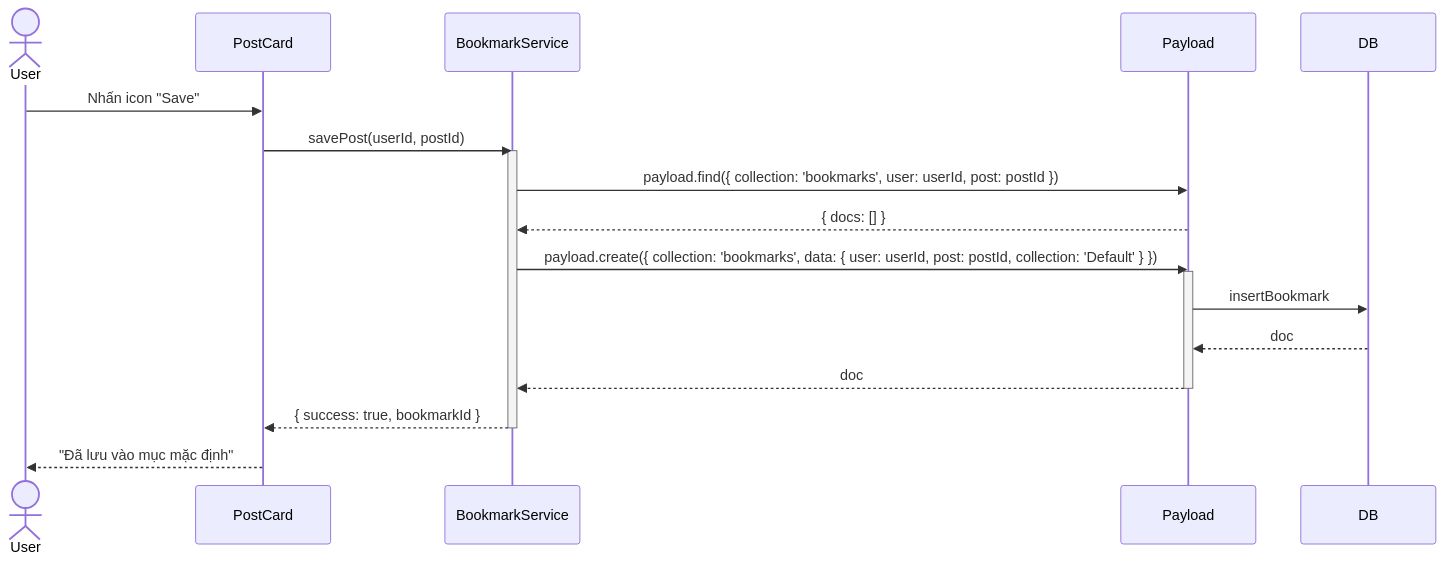
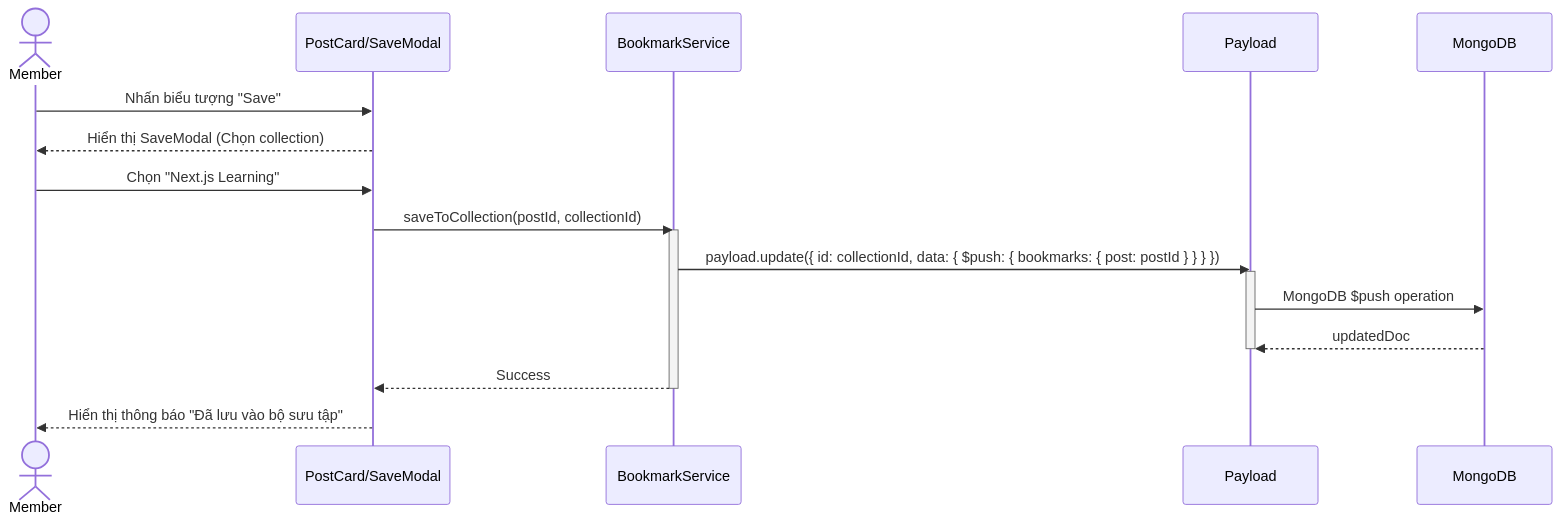
One commit to vuthuonghai-steve/KLTN-By_Thuong_Hai-Steve changed the first of 2 diagrams in Docs/life-2/diagrams/sequence-diagrams/detailed-m5-bookmarking.md. Above: the diagram before and after it, drawn with Mermaid. The commit also changed other lines of this file and 29 other files, not shown here.

````diff
--- a/Docs/life-2/diagrams/sequence-diagrams/detailed-m5-bookmarking.md
+++ b/Docs/life-2/diagrams/sequence-diagrams/detailed-m5-bookmarking.md
@@ -12,26 +12,26 @@
 ```mermaid
 sequenceDiagram
-    actor User
-    participant UI as PostCard
+    actor Member
+    participant UI as PostCard/SaveModal
     participant Service as BookmarkService
     participant Payload
-    participant DB
+    participant DB as MongoDB
 
-    User->>UI: Nhấn icon "Save"
-    UI->>Service: savePost(userId, postId)
+    Member->>UI: Nhấn biểu tượng "Save"
+    UI-->>Member: Hiển thị SaveModal (Chọn collection)
+    Member->>UI: Chọn "Next.js Learning"
+    
+    UI->>Service: saveToCollection(postId, collectionId)
     activate Service
+
+    Service->>Payload: payload.update({ id: collectionId, data: { $push: { bookmarks: { post: postId } } } })
+    activate Payload
     
-    Service->>Payload: payload.find({ collection: 'bookmarks', user: userId, post: postId })
-    Payload-->>Service: { docs: [] }
+    Payload->>DB: MongoDB $push operation
+    DB-->>Payload: updatedDoc
     
-    Service->>Payload: payload.create({ collection: 'bookmarks', data: { user: userId, post: postId, collection: 'Default' } })
-    activate Payload
-    Payload->>DB: insertBookmark
-    DB-->>Payload: doc
-    Payload-->>Service: doc
     deactivate Payload
-    
-    Service-->>UI: { success: true, bookmarkId }
+    Service-->>UI: Success
     deactivate Service
-    UI-->>User: "Đã lưu vào mục mặc định"
+    UI-->>Member: Hiển thị thông báo "Đã lưu vào bộ sưu tập"
 ```
````
